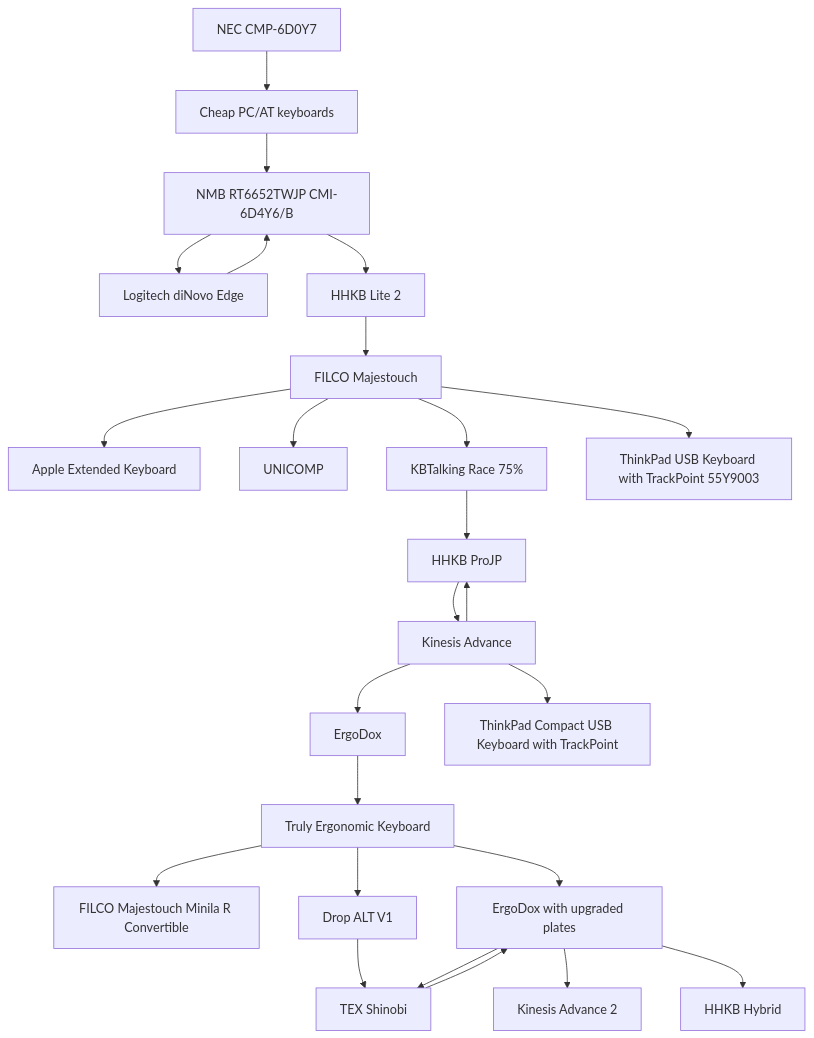
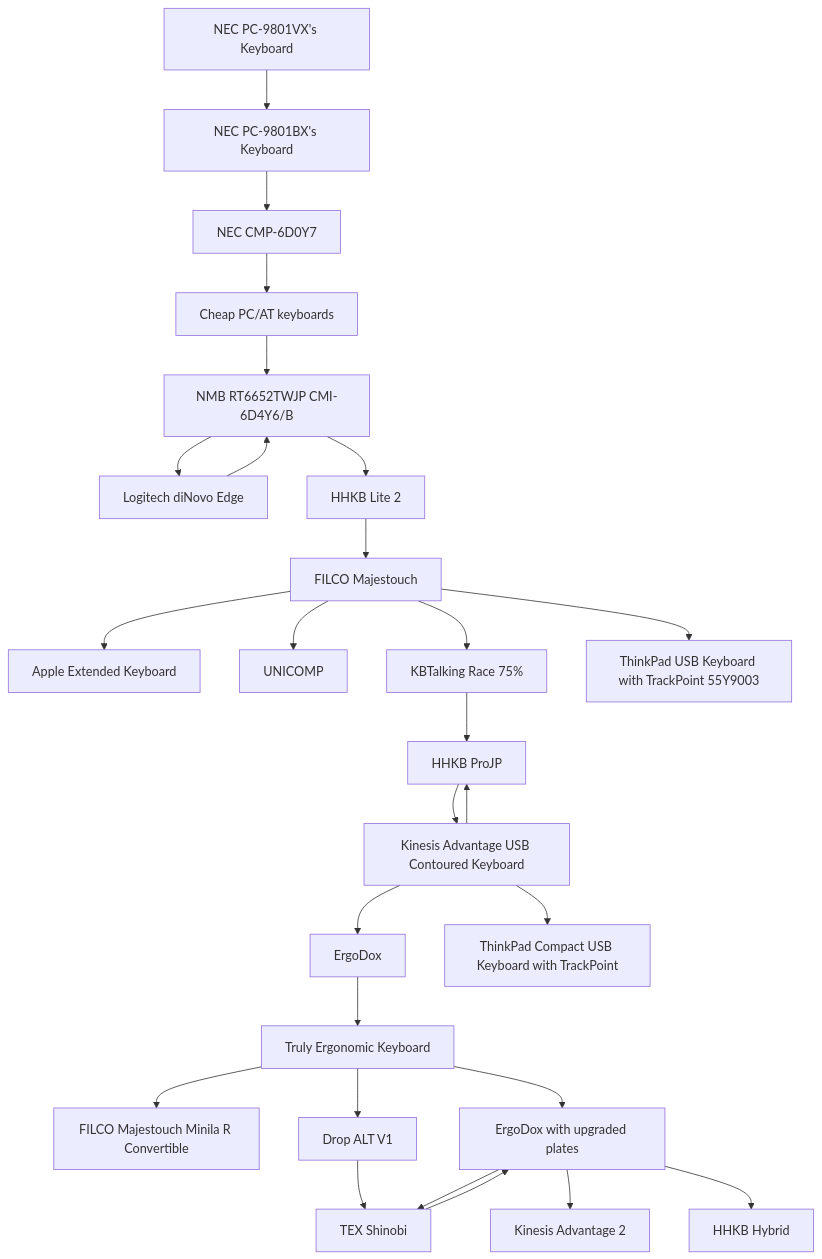
Before and after one commit to sumibi-yakitori/sumibi-yakitori: the diagram in hid.md, drawn with Mermaid. The commit also changed other lines of this file, not shown here.

````diff
--- a/hid.md
+++ b/hid.md
@@ -19,26 +19,28 @@
 ```mermaid
 graph TD;
-    pc9821cx13[NEC CMP-6D0Y7]-->pcat1[Cheap PC/AT keyboards];
+    pc9801vx[NEC PC-9801VX's Keyboard]-->pc9801bx[NEC PC-9801BX's Keyboard];
+    pc9801bx-->pc9821cx13[NEC CMP-6D0Y7];
+    pc9821cx13-->pcat1[Cheap PC/AT keyboards];
     pcat1-->nmb;
     nmb[NMB RT6652TWJP CMI-6D4Y6/B]-->Logitech[Logitech diNovo Edge]-->nmb;
     nmb-->hhkb-lite[HHKB Lite 2];
     hhkb-lite-->filco-m[FILCO Majestouch];
     filco-m-->ae-kb[Apple Extended Keyboard];
     filco-m-->unicomp[UNICOMP];
     filco-m-->race[KBTalking Race 75%];
     filco-m-->thinkpad1[ThinkPad USB Keyboard with TrackPoint 55Y9003];
     race-->hhkb-pro-jp[HHKB ProJP];
-    hhkb-pro-jp-->kinesis-a[Kinesis Advance];
+    hhkb-pro-jp-->kinesis-a[Kinesis Advantage USB Contoured Keyboard];
     kinesis-a-->hhkb-pro-jp;
     kinesis-a-->ergodox1[ErgoDox];
     kinesis-a-->thinkpad2[ThinkPad Compact USB Keyboard with TrackPoint];
     ergodox1-->teck[Truly Ergonomic Keyboard];
     teck-->filco-minila-r[FILCO Majestouch Minila R Convertible];
     teck-->ergodox2[ErgoDox with upgraded plates];
     teck-->drop-alt[Drop ALT V1];
     drop-alt-->shinobi;
     ergodox2-->shinobi[TEX Shinobi];
     shinobi-->ergodox2
-    ergodox2-->kinesis-a2[Kinesis Advance 2];
+    ergodox2-->kinesis-a2[Kinesis Advantage 2];
     ergodox2-->hhkb-hybrid[HHKB Hybrid];
 ```
````
